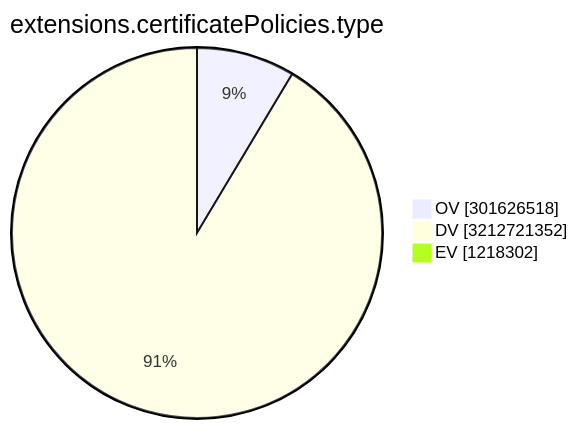
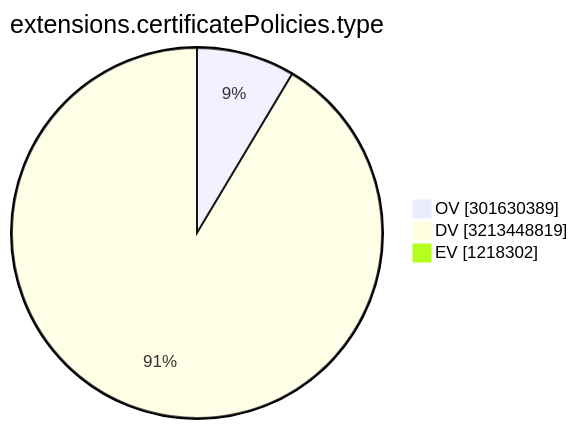
The ninth of 15 diagrams in TOTAL/README.md (christiankrug/ctmonitor_visualization), drawn with Mermaid before and after one commit. The commit also changed other lines of this file, not shown here.

````diff
--- a/TOTAL/README.md
+++ b/TOTAL/README.md
@@ -3106,7 +3106,7 @@
 ```mermaid
 pie showData
 title extensions.certificatePolicies.type
-"OV" :301626518
-"DV" :3212721352
+"OV" :301630389
+"DV" :3213448819
 "EV" :1218302
 ```
````
